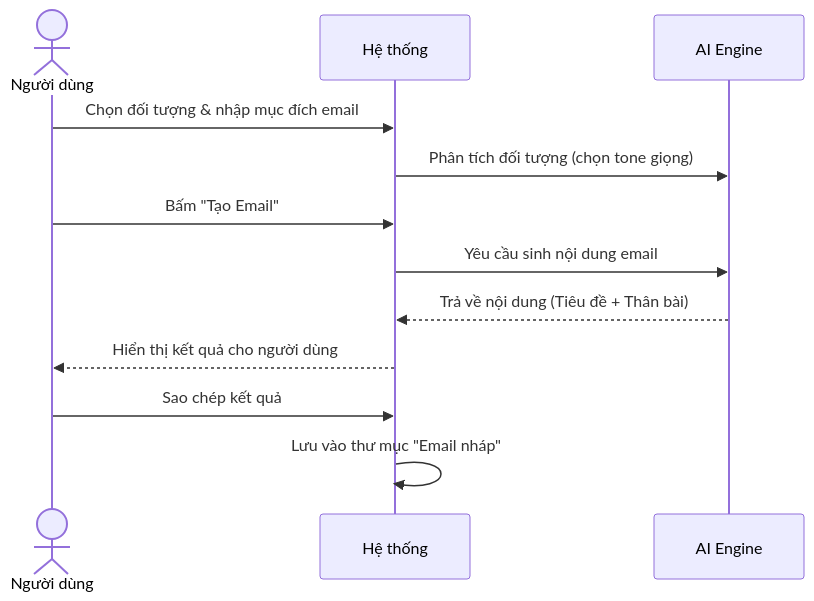
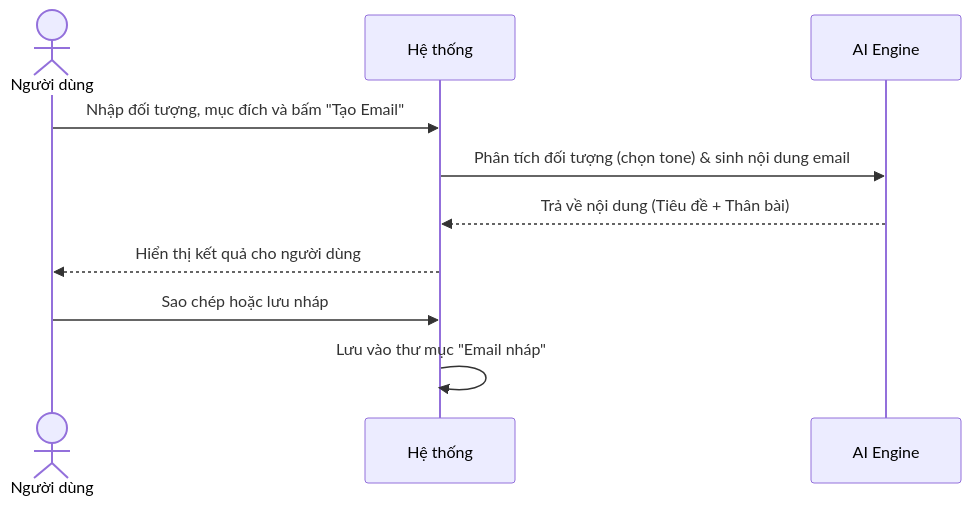
The first of 4 diagrams in docs/usecase/nhom_3_communication_admin.md (Cong-ty-TNNH-Q-Tech/Q-School), drawn with Mermaid before and after one commit. The commit also changed other lines of this file and 4 other files, not shown here.

Commit message:
docs(usecase): standardize all tables and sequence diagrams, fix temporal logic and AI roles

````diff
--- a/docs/usecase/nhom_3_communication_admin.md
+++ b/docs/usecase/nhom_3_communication_admin.md
@@ -22,15 +21,13 @@
 ```mermaid
 sequenceDiagram
     actor GV as Người dùng
     participant HT as Hệ thống
     participant AI as AI Engine
 
-    GV->>HT: Chọn đối tượng & nhập mục đích email
-    HT->>AI: Phân tích đối tượng (chọn tone giọng)
-    GV->>HT: Bấm "Tạo Email"
-    HT->>AI: Yêu cầu sinh nội dung email
+    GV->>HT: Nhập đối tượng, mục đích và bấm "Tạo Email"
+    HT->>AI: Phân tích đối tượng (chọn tone) & sinh nội dung email
     AI-->>HT: Trả về nội dung (Tiêu đề + Thân bài)
     HT-->>GV: Hiển thị kết quả cho người dùng
-    GV->>HT: Sao chép kết quả
+    GV->>HT: Sao chép hoặc lưu nháp
     HT->>HT: Lưu vào thư mục "Email nháp"
 ```
````
